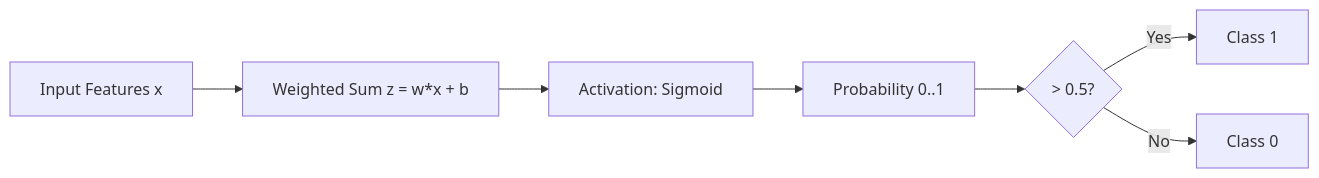
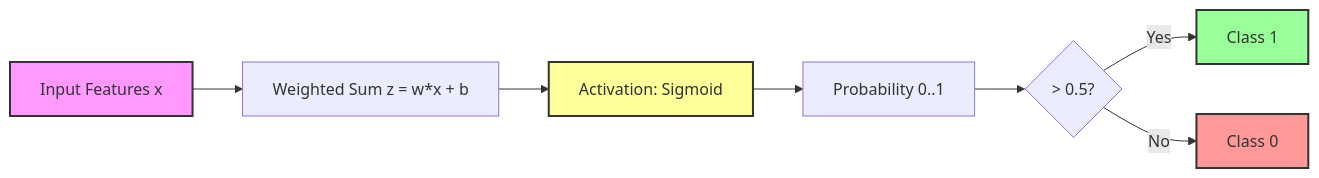
Before and after one commit to pm-devcode/AI-Foundations-Atlas: the diagram in 01_Classical_Machine_Learning/Regression/Logistic_Regression/README.md, drawn with Mermaid. The commit also changed other lines of this file and 99 other files, not shown here.

````diff
--- a/01_Classical_Machine_Learning/Regression/Logistic_Regression/README.md
+++ b/01_Classical_Machine_Learning/Regression/Logistic_Regression/README.md
@@ -52,9 +45,14 @@
 ```mermaid
 graph LR
     Input[Input Features x] --> Sum[Weighted Sum z = w*x + b]
     Sum --> Act[Activation: Sigmoid]
     Act --> Prob[Probability 0..1]
     Prob --> Thresh{> 0.5?}
     Thresh -- Yes --> C1[Class 1]
     Thresh -- No --> C0[Class 0]
+    
+    style Input fill:#f9f,stroke:#333,stroke-width:2px
+    style C1 fill:#9f9,stroke:#333,stroke-width:2px
+    style C0 fill:#f99,stroke:#333,stroke-width:2px
+    style Act fill:#ff9,stroke:#333,stroke-width:2px
 ```
````
